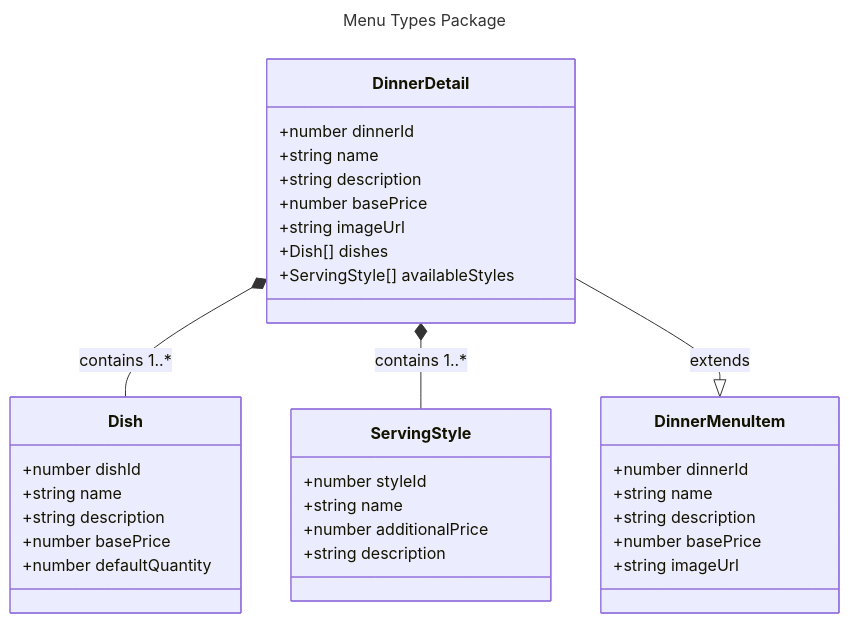
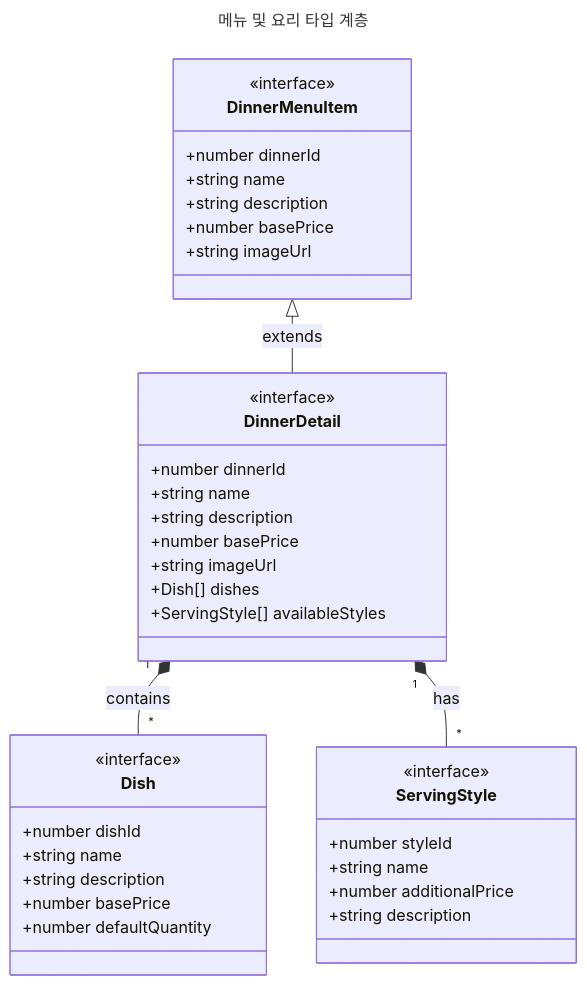
One commit to Ddogan-zip/ddoganzip-frontend changed the third of 15 diagrams in docs/class-diagram.md. Above: the diagram before and after it, drawn with Mermaid. The commit also changed other lines of this file, not shown here.

Commit message:
Update class diagram with voice ordering system

````diff
--- a/docs/class-diagram.md
+++ b/docs/class-diagram.md
@@ -832,44 +125,48 @@
 ```mermaid
 ---
-title: Menu Types Package
+title: 메뉴 및 요리 타입 계층
 ---
 classDiagram
     direction TB
 
-    class Dish {
-        +number dishId
-        +string name
-        +string description
-        +number basePrice
-        +number defaultQuantity
-    }
-
-    class ServingStyle {
-        +number styleId
-        +string name
-        +number additionalPrice
-        +string description
-    }
-
     class DinnerMenuItem {
+        <<interface>>
         +number dinnerId
         +string name
         +string description
         +number basePrice
         +string imageUrl
     }
 
     class DinnerDetail {
+        <<interface>>
         +number dinnerId
         +string name
         +string description
         +number basePrice
         +string imageUrl
         +Dish[] dishes
         +ServingStyle[] availableStyles
     }
 
-    DinnerDetail *-- Dish : contains 1..*
-    DinnerDetail *-- ServingStyle : contains 1..*
-    DinnerDetail --|> DinnerMenuItem : extends
+    class Dish {
+        <<interface>>
+        +number dishId
+        +string name
+        +string description
+        +number basePrice
+        +number defaultQuantity
+    }
+
+    class ServingStyle {
+        <<interface>>
+        +number styleId
+        +string name
+        +number additionalPrice
+        +string description
+    }
+
+    DinnerMenuItem <|-- DinnerDetail : extends
+    DinnerDetail "1" *-- "*" Dish : contains
+    DinnerDetail "1" *-- "*" ServingStyle : has
 ```
````
